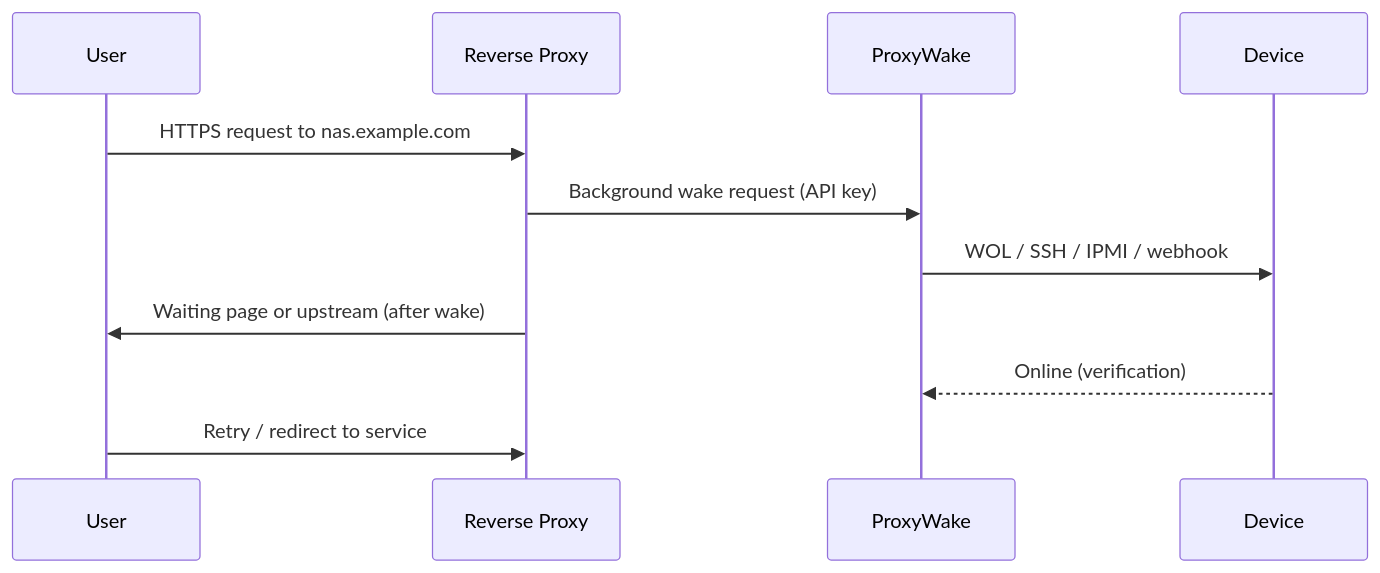
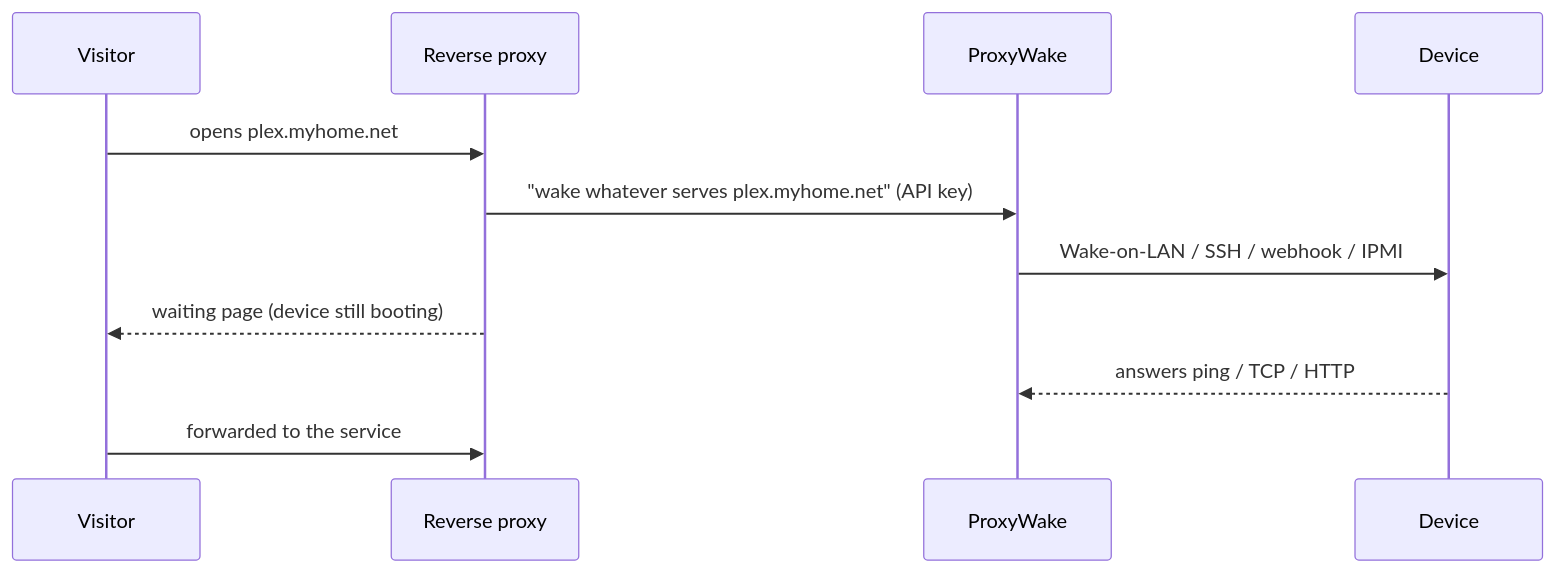
The diagram in docs/reverse-proxy.md (jeffreymooiweer/ProxyWake), drawn with Mermaid before and after one commit. The commit also changed other lines of this file and 60 other files, not shown here.

````diff
--- a/docs/reverse-proxy.md
+++ b/docs/reverse-proxy.md
@@ -7,14 +13,14 @@
 ```mermaid
 sequenceDiagram
-    participant User
-    participant Proxy as Reverse Proxy
+    participant Visitor
+    participant Proxy as Reverse proxy
     participant PW as ProxyWake
     participant Device
 
-    User->>Proxy: HTTPS request to nas.example.com
-    Proxy->>PW: Background wake request (API key)
-    PW->>Device: WOL / SSH / IPMI / webhook
-    Proxy->>User: Waiting page or upstream (after wake)
-    Device-->>PW: Online (verification)
-    User->>Proxy: Retry / redirect to service
+    Visitor->>Proxy: opens plex.myhome.net
+    Proxy->>PW: "wake whatever serves plex.myhome.net" (API key)
+    PW->>Device: Wake-on-LAN / SSH / webhook / IPMI
+    Proxy-->>Visitor: waiting page (device still booting)
+    Device-->>PW: answers ping / TCP / HTTP
+    Visitor->>Proxy: forwarded to the service
 ```
````
